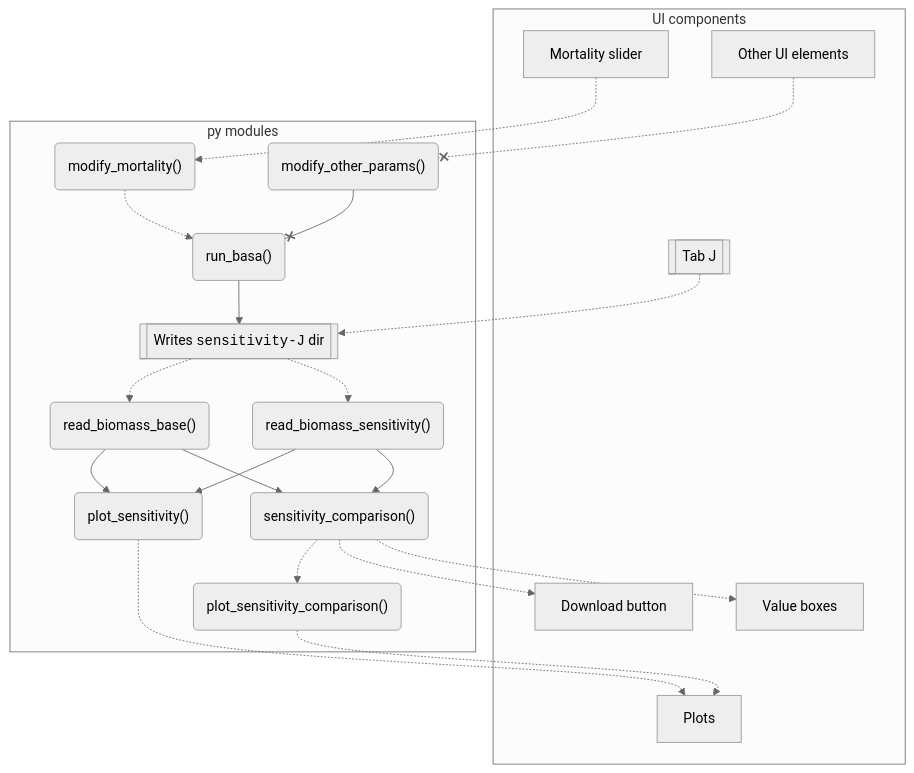
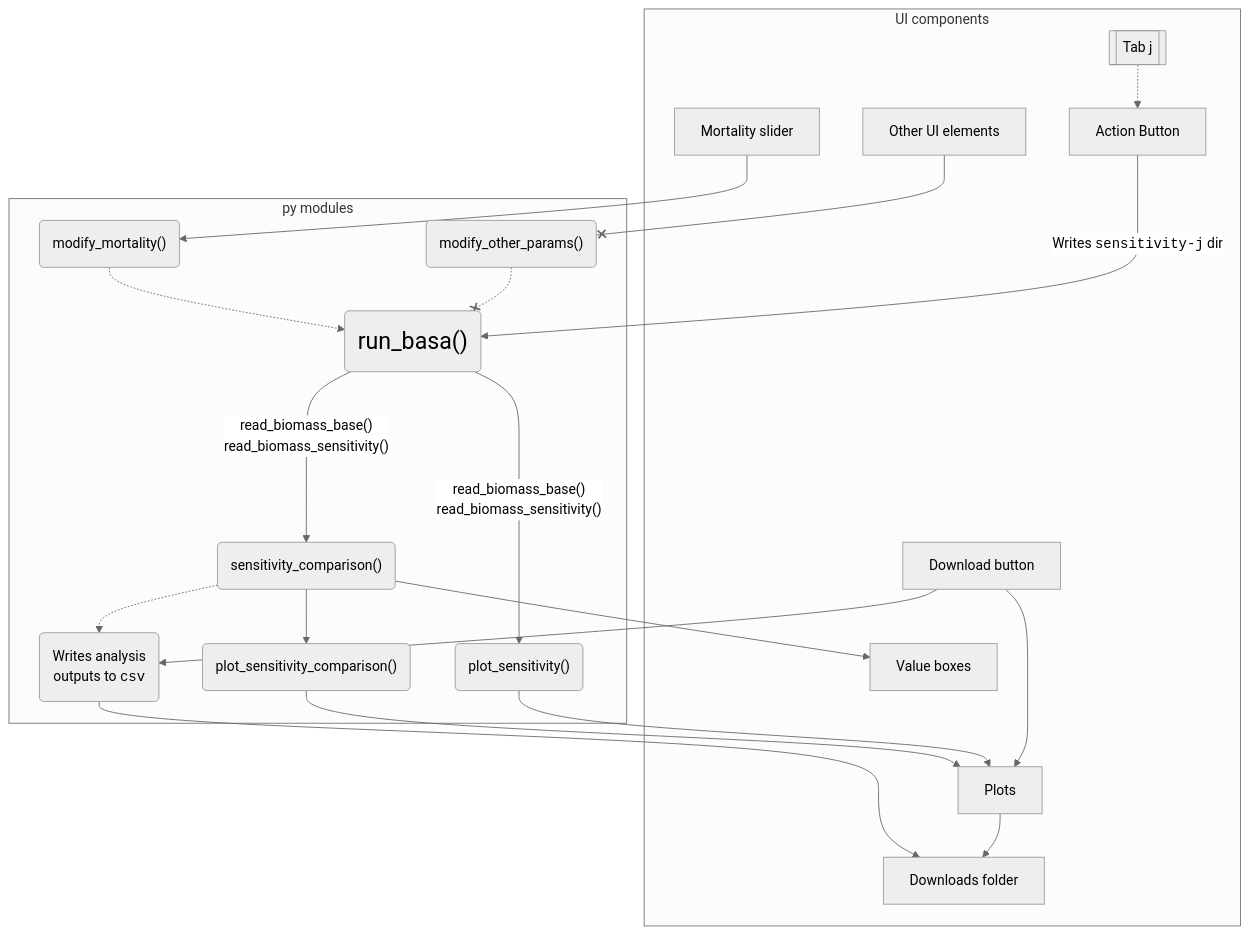
One commit to cl-roberts/pws-herring-basa changed the diagram in sensitivity/doc/design.mmd. Above: the diagram before and after it, drawn with Mermaid. The commit also changed 3 other files, not shown here.

Commit message:
move components from TODO to design.md, created organizational chart

```diff
--- a/sensitivity/doc/design.mmd
+++ b/sensitivity/doc/design.mmd
@@ -1,29 +1,33 @@
 %%{init: {'theme':'neutral'}}%%
 flowchart TB
   subgraph UI components;
   A[Mortality slider]; 
   Ab[Other UI elements];
-  L[[Tab J]];
+  L[[Tab j]];
+  M[Action Button];
   I[Value boxes];
   J[Plots];
   K[Download button];
+  O[Downloads folder];
   end;
-  A -.-> B("modify_mortality()");
-  Ab -.-x Bb("modify_other_params()");
-  L -.-> Cb;
+  A --> B("modify_mortality()");
+  Ab --x Bb("modify_other_params()");
+  L -.-> M;
+  M -- "Writes <tt>sensitivity-j</tt> dir" ---> C;
+  K --> N;
   subgraph py modules;
   B -.-> C("run_basa()");
-  Bb --x C("run_basa()");
-  C --> Cb[[Writes <tt>sensitivity-J</tt> dir]]
-  Cb -.-> D("read_biomass_base()");  
-  Cb -.-> E("read_biomass_sensitivity()");  
-  D --> F("plot_sensitivity()");  
-  E --> F;  
-  D --> G("sensitivity_comparison()");  
-  E --> G; 
-  G -.-> H("plot_sensitivity_comparison()"); 
+  Bb -.-x C;
+  C -- "read_biomass_base()<br>read_biomass_sensitivity()" ---> G;
+  C -- "read_biomass_base()<br>read_biomass_sensitivity()" --> F("plot_sensitivity()");
+  G("sensitivity_comparison()") --> H("plot_sensitivity_comparison()"); 
+  G -.-> N("Writes analysis<br>outputs to <tt>csv</tt>")
   end
-  G -.-> K;
-  G -.-> I;
-  H -.-> J; 
-  F -.-> J;
+  N --> O;
+  G --> I;
+  H --> J; 
+  F --> J;
+  K --> J;
+  J --> O;
+  classDef big font-size:20pt
+  class C big
```
